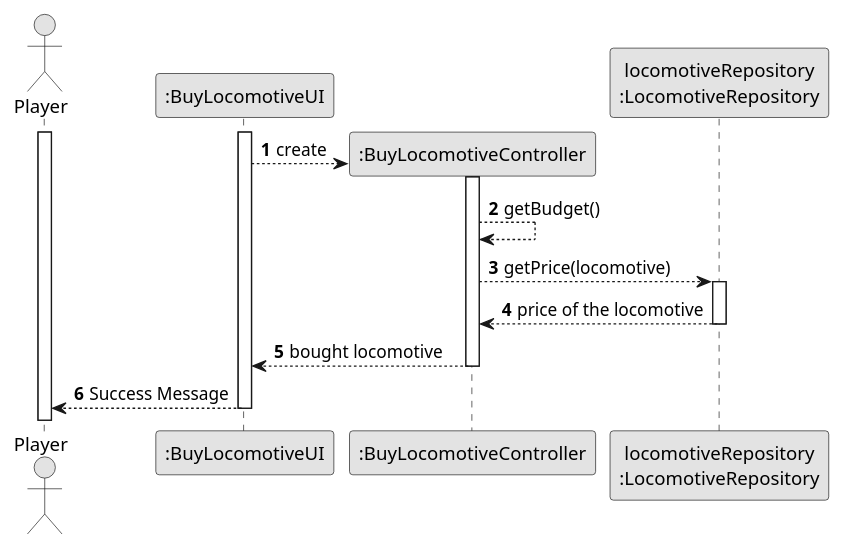
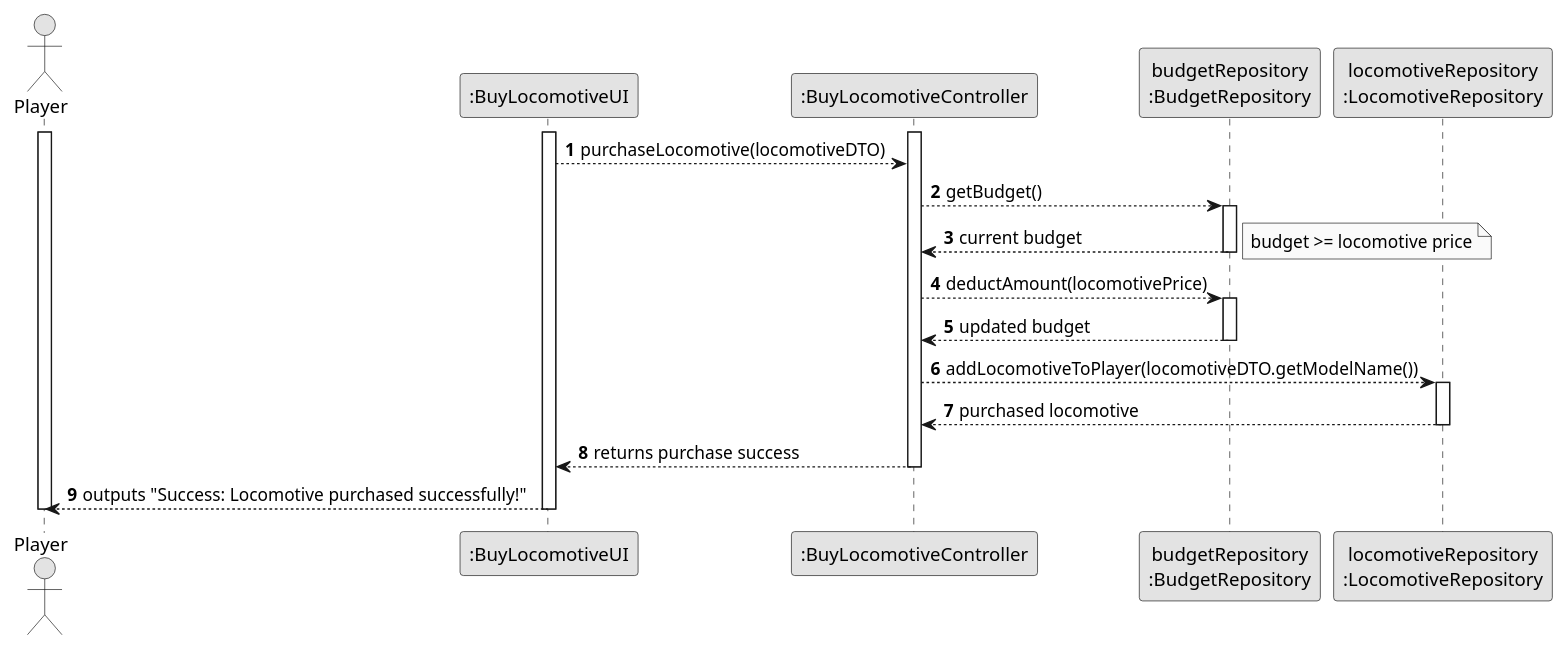
Before and after one commit to goncalolopesp/sem2-pi-24.25-g093-repo: the diagram in docs/system-documentation/US009/03.design/puml/US009-SD-buyAndSuccess.puml, drawn with PlantUML. The commit also changed 2 other files, not shown here.

Commit message:
US009 - Updated Partial and Split Diagrams

```diff
--- a/docs/system-documentation/US009/03.design/puml/US009-SD-buyAndSuccess.puml
+++ b/docs/system-documentation/US009/03.design/puml/US009-SD-buyAndSuccess.puml
@@ -1,38 +1,45 @@
 @startuml
 skinparam monochrome true
 skinparam packageStyle rectangle
 skinparam shadowing false
 
 autonumber
 
-actor "Player" as Employee
+actor "Player" as Player
 participant ":BuyLocomotiveUI" as BuyLocomotiveUI
+participant ":BuyLocomotiveController" as BuyLocomotiveController
+participant "budgetRepository\n:BudgetRepository" as brepo
+participant "locomotiveRepository\n:LocomotiveRepository" as lrepo
 
-activate Employee
-
+activate Player
 activate BuyLocomotiveUI
-
-create ":BuyLocomotiveController" as BuyLocomotiveController
-
-BuyLocomotiveUI --> BuyLocomotiveController : create
-
-participant "locomotiveRepository\n:LocomotiveRepository" as locomotiveRepository
-
 activate BuyLocomotiveController
 
-BuyLocomotiveController --> BuyLocomotiveController : getBudget()
+BuyLocomotiveUI --> BuyLocomotiveController : purchaseLocomotive(locomotiveDTO)
 
-BuyLocomotiveController --> locomotiveRepository : getPrice(locomotive)
-activate locomotiveRepository
-locomotiveRepository --> BuyLocomotiveController : price of the locomotive
-deactivate locomotiveRepository
+BuyLocomotiveController --> brepo : getBudget()
+activate brepo
+brepo --> BuyLocomotiveController : current budget
+deactivate brepo
 
-BuyLocomotiveController --> BuyLocomotiveUI : bought locomotive
+note right: budget >= locomotive price
 
+BuyLocomotiveController --> brepo : deductAmount(locomotivePrice)
+activate brepo
+brepo --> BuyLocomotiveController : updated budget
+deactivate brepo
+
+BuyLocomotiveController --> lrepo : addLocomotiveToPlayer(locomotiveDTO.getModelName())
+activate lrepo
+lrepo --> BuyLocomotiveController : purchased locomotive
+deactivate lrepo
+
+BuyLocomotiveController --> BuyLocomotiveUI : returns purchase success
 deactivate BuyLocomotiveController
 
-BuyLocomotiveUI --> Employee : Success Message
+BuyLocomotiveUI --> Player : outputs "Success: Locomotive purchased successfully!"
 
 deactivate BuyLocomotiveUI
+deactivate Player
 
 @enduml
```
